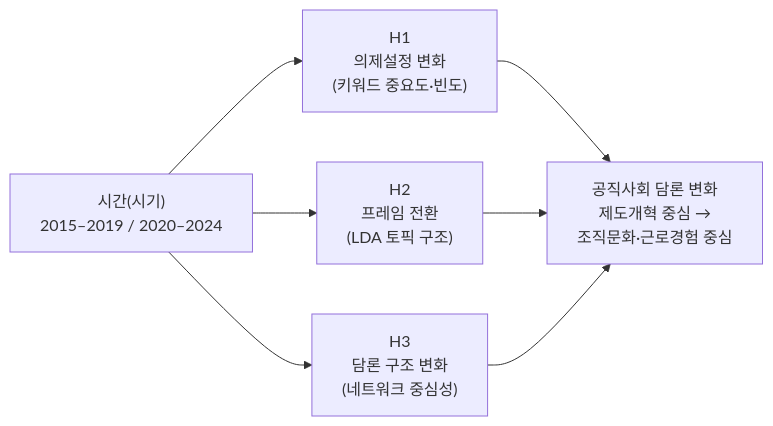
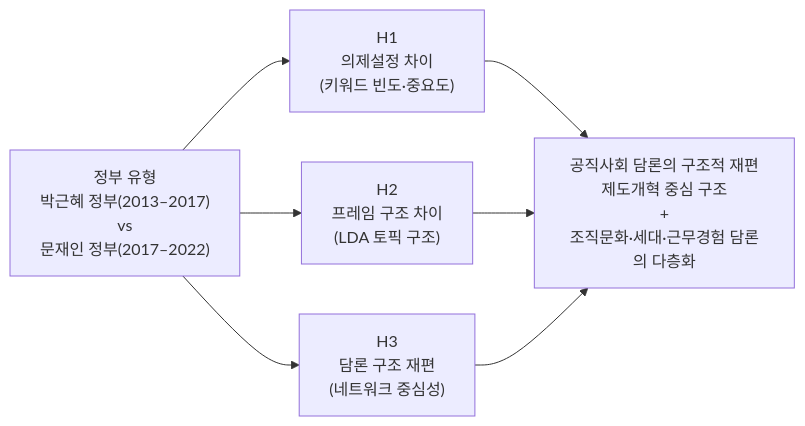
One commit to gayoung106/public_perception changed the first of 3 diagrams in README.md. Above: the diagram before and after it, drawn with Mermaid. The commit also changed other lines of this file and 14 other files, not shown here.

````diff
--- a/README.md
+++ b/README.md
@@ -32,19 +40,19 @@
 ```mermaid
 flowchart LR
-    T["시간(시기)<br>2015–2019 / 2020–2024"]
+    G["정부 유형<br>박근혜 정부(2013–2017)<br>vs<br>문재인 정부(2017–2022)"]
 
-    H1["H1<br>의제설정 변화<br>(키워드 중요도·빈도)"]
-    H2["H2<br>프레임 전환<br>(LDA 토픽 구조)"]
-    H3["H3<br>담론 구조 변화<br>(네트워크 중심성)"]
+    H1["H1<br>의제설정 차이<br>(키워드 빈도·중요도)"]
+    H2["H2<br>프레임 구조 차이<br>(LDA 토픽 구조)"]
+    H3["H3<br>담론 구조 재편<br>(네트워크 중심성)"]
 
-    R["공직사회 담론 변화<br>제도개혁 중심 →<br>조직문화·근로경험 중심"]
+    R["공직사회 담론의 구조적 재편<br>제도개혁 중심 구조<br>+<br>조직문화·세대·근무경험 담론의 다층화"]
 
-    T --> H1
-    T --> H2
-    T --> H3
+    G --> H1
+    G --> H2
+    G --> H3
 
     H1 --> R
     H2 --> R
     H3 --> R
 
 ```
````
